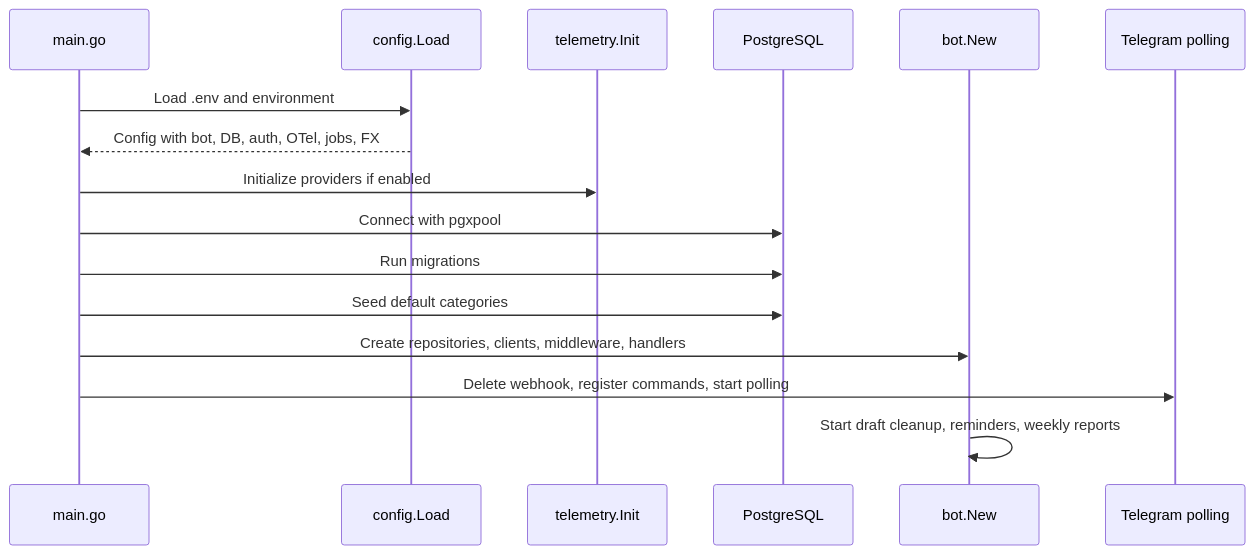
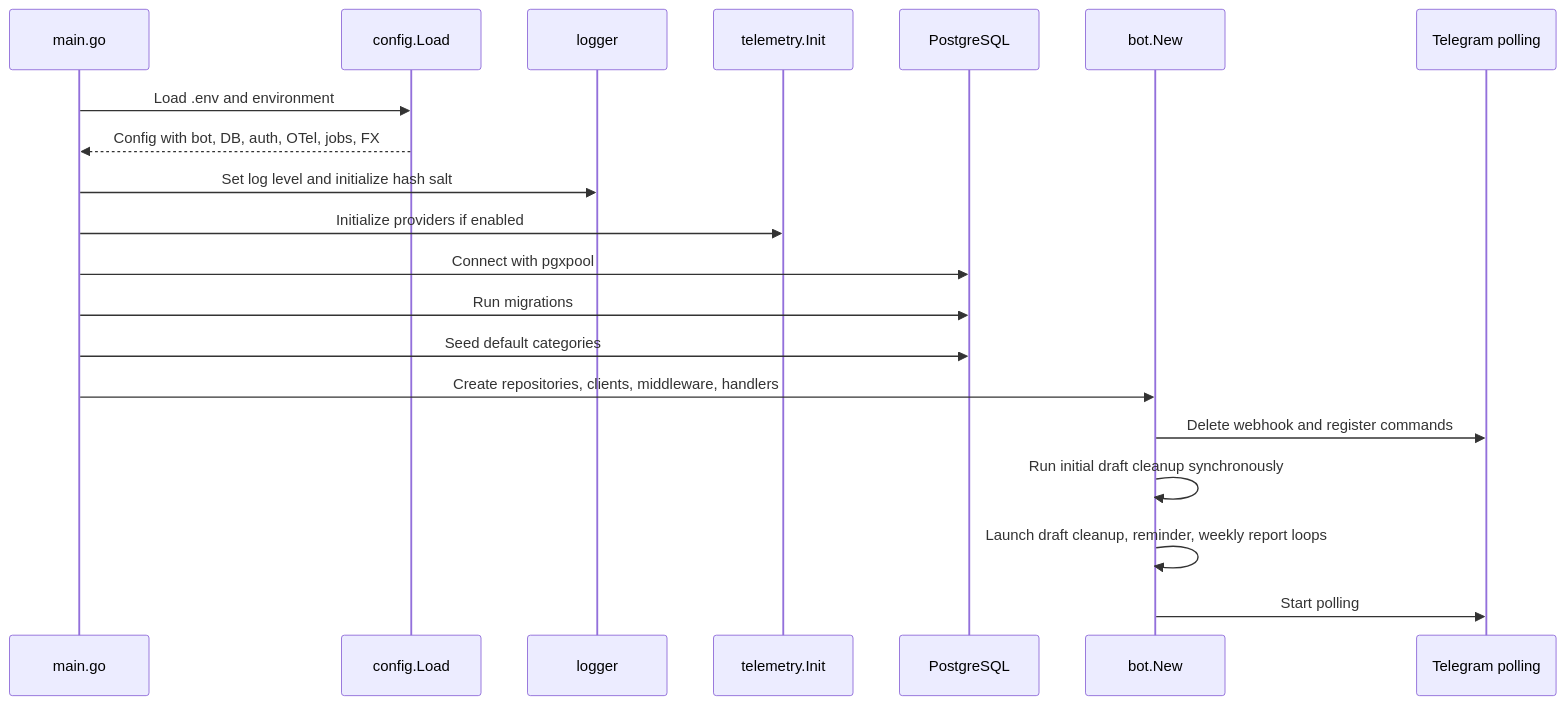
The second of 8 diagrams in docs/HOW_THIS_BOT_WORKS.md (yelinaung/expense-bot), drawn with Mermaid before and after one commit. The commit also changed other lines of this file, not shown here.

Commit message:
docs: correct architecture diagrams

````diff
--- a/docs/HOW_THIS_BOT_WORKS.md
+++ b/docs/HOW_THIS_BOT_WORKS.md
@@ -46,19 +46,23 @@
 ```mermaid
 sequenceDiagram
     participant Main as main.go
     participant Config as config.Load
+    participant Logger as logger
     participant OTel as telemetry.Init
     participant DB as PostgreSQL
     participant Bot as bot.New
     participant TG as Telegram polling
 
     Main->>Config: Load .env and environment
     Config-->>Main: Config with bot, DB, auth, OTel, jobs, FX
+    Main->>Logger: Set log level and initialize hash salt
     Main->>OTel: Initialize providers if enabled
     Main->>DB: Connect with pgxpool
     Main->>DB: Run migrations
     Main->>DB: Seed default categories
     Main->>Bot: Create repositories, clients, middleware, handlers
-    Main->>TG: Delete webhook, register commands, start polling
-    Bot->>Bot: Start draft cleanup, reminders, weekly reports
+    Bot->>TG: Delete webhook and register commands
+    Bot->>Bot: Run initial draft cleanup synchronously
+    Bot->>Bot: Launch draft cleanup, reminder, weekly report loops
+    Bot->>TG: Start polling
 ```
````
